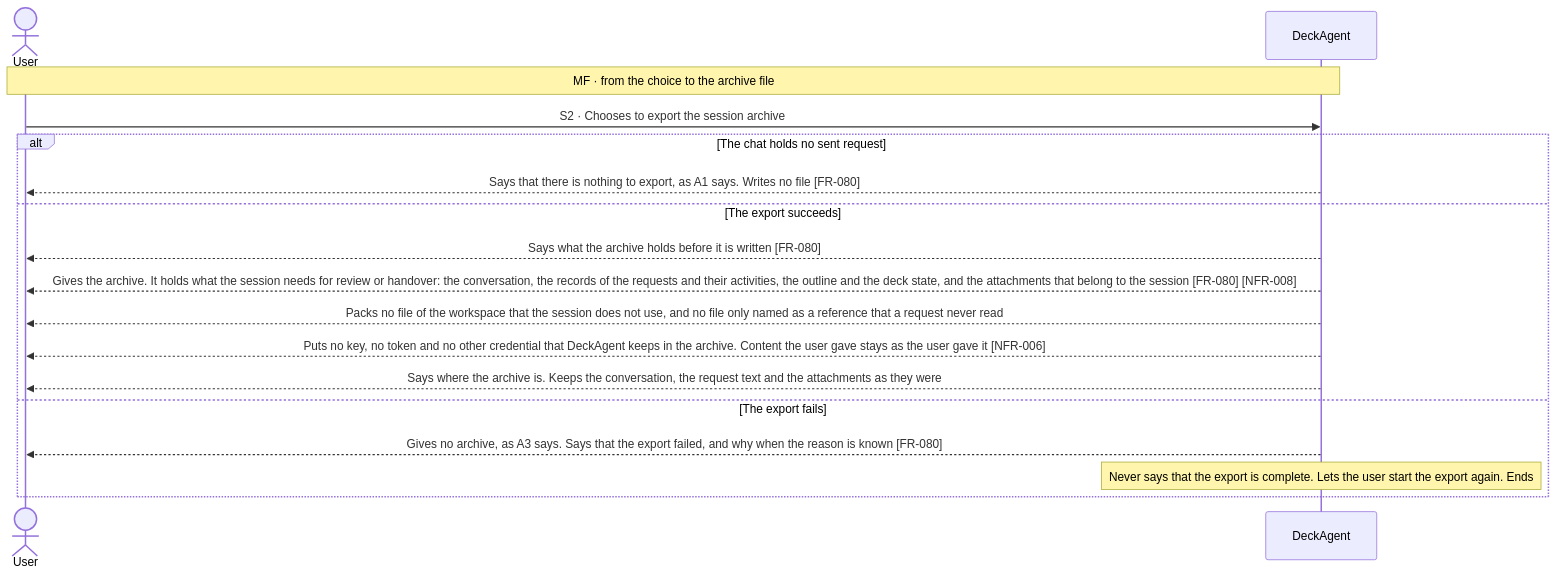
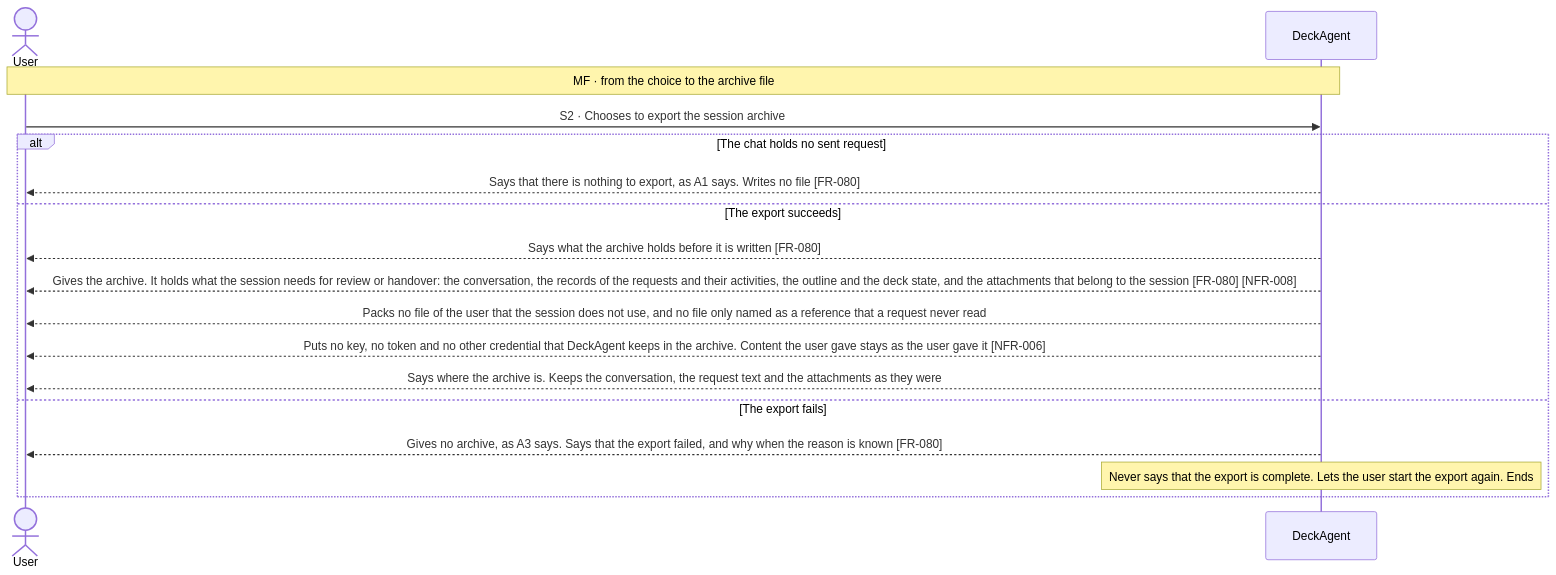
One commit to Luke23127006/DeckAgent changed the second of 2 diagrams in docs/spec/03-use-cases/UC-016.md. Above: the diagram before and after it, drawn with Mermaid. The commit also changed other lines of this file and 14 other files, not shown here.

First line of the commit message:
docs(spec): keep workspace data apart from the files of the user

````diff
--- a/docs/spec/03-use-cases/UC-016.md
+++ b/docs/spec/03-use-cases/UC-016.md
@@ -60,19 +60,19 @@
 ```mermaid
 sequenceDiagram
     actor User
     participant DeckAgent
     Note over User,DeckAgent: MF · from the choice to the archive file
     User->>DeckAgent: S2 · Chooses to export the session archive
     alt The chat holds no sent request
         DeckAgent-->>User: Says that there is nothing to export, as A1 says. Writes no file [FR-080]
     else The export succeeds
         DeckAgent-->>User: Says what the archive holds before it is written [FR-080]
         DeckAgent-->>User: Gives the archive. It holds what the session needs for review or handover: the conversation, the records of the requests and their activities, the outline and the deck state, and the attachments that belong to the session [FR-080] [NFR-008]
-        DeckAgent-->>User: Packs no file of the workspace that the session does not use, and no file only named as a reference that a request never read
+        DeckAgent-->>User: Packs no file of the user that the session does not use, and no file only named as a reference that a request never read
         DeckAgent-->>User: Puts no key, no token and no other credential that DeckAgent keeps in the archive. Content the user gave stays as the user gave it [NFR-006]
         DeckAgent-->>User: Says where the archive is. Keeps the conversation, the request text and the attachments as they were
     else The export fails
         DeckAgent-->>User: Gives no archive, as A3 says. Says that the export failed, and why when the reason is known [FR-080]
         note over DeckAgent: Never says that the export is complete. Lets the user start the export again. Ends
     end
 ```
````
